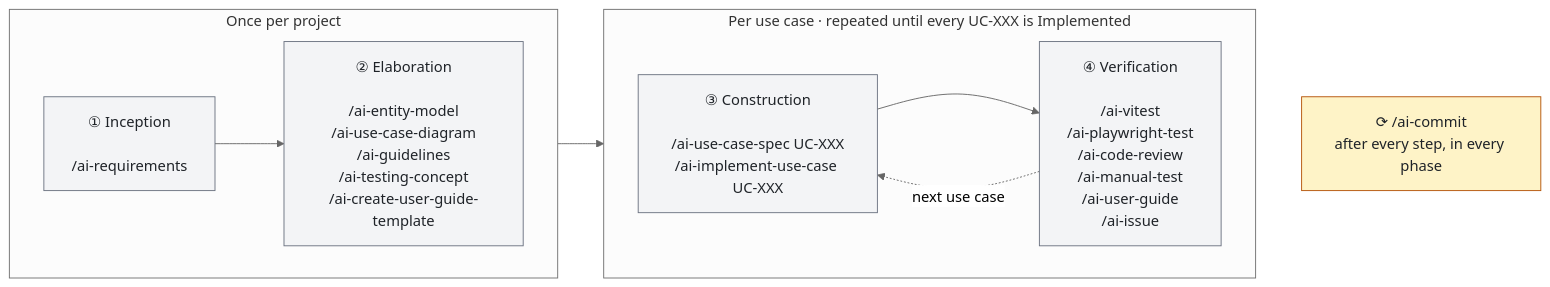
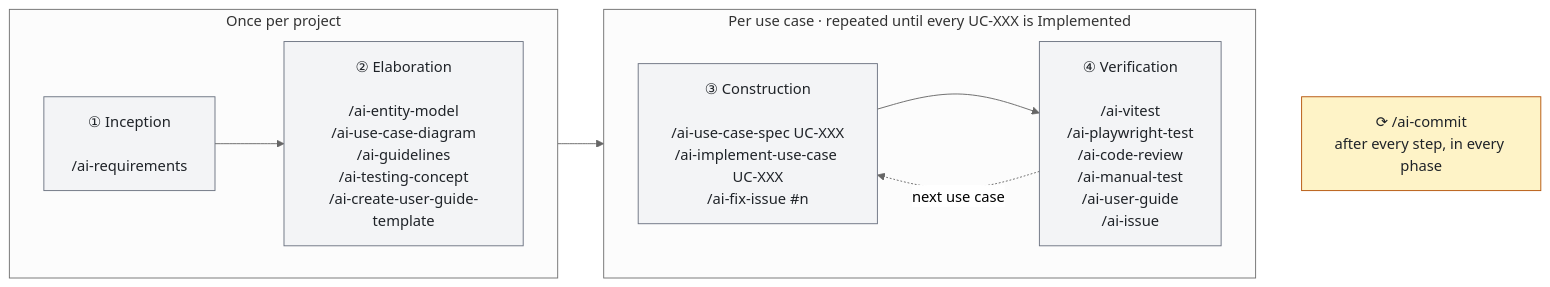
The first of 3 diagrams in README.md (liitu-ch/liitu-ai-architect-marketplace), drawn with Mermaid (neutral theme) before and after one commit. The commit also changed other lines of this file and 4 other files, not shown here.

First line of the commit message:
feat(dev-tools): add fix-issue skill orchestrating spec, tests, seed data, fix and review

````diff
--- a/README.md
+++ b/README.md
@@ -57,25 +59,25 @@
 ```mermaid
 flowchart LR
     subgraph once["Once per project"]
         direction LR
         P1["① Inception<br/><br/>/ai-requirements"]
         P2["② Elaboration<br/><br/>/ai-entity-model<br/>/ai-use-case-diagram<br/>/ai-guidelines<br/>/ai-testing-concept<br/>/ai-create-user-guide-template"]
         P1 --> P2
     end
 
     subgraph loop["Per use case · repeated until every UC-XXX is Implemented"]
         direction LR
-        P3["③ Construction<br/><br/>/ai-use-case-spec UC-XXX<br/>/ai-implement-use-case UC-XXX"]
+        P3["③ Construction<br/><br/>/ai-use-case-spec UC-XXX<br/>/ai-implement-use-case UC-XXX<br/>/ai-fix-issue #n"]
         P4["④ Verification<br/><br/>/ai-vitest<br/>/ai-playwright-test<br/>/ai-code-review<br/>/ai-manual-test<br/>/ai-user-guide<br/>/ai-issue"]
         P3 --> P4
         P4 -. "next use case" .-> P3
     end
 
     P2 --> P3
     P4 ~~~ commit["⟳ /ai-commit<br/>after every step, in every phase"]
 
     classDef phase fill:#f3f4f6,stroke:#6b7280,color:#1f2328
     classDef devtools fill:#fef3c7,stroke:#b45309,color:#1f2328
     class P1,P2,P3,P4 phase
     class commit devtools
 ```
````
